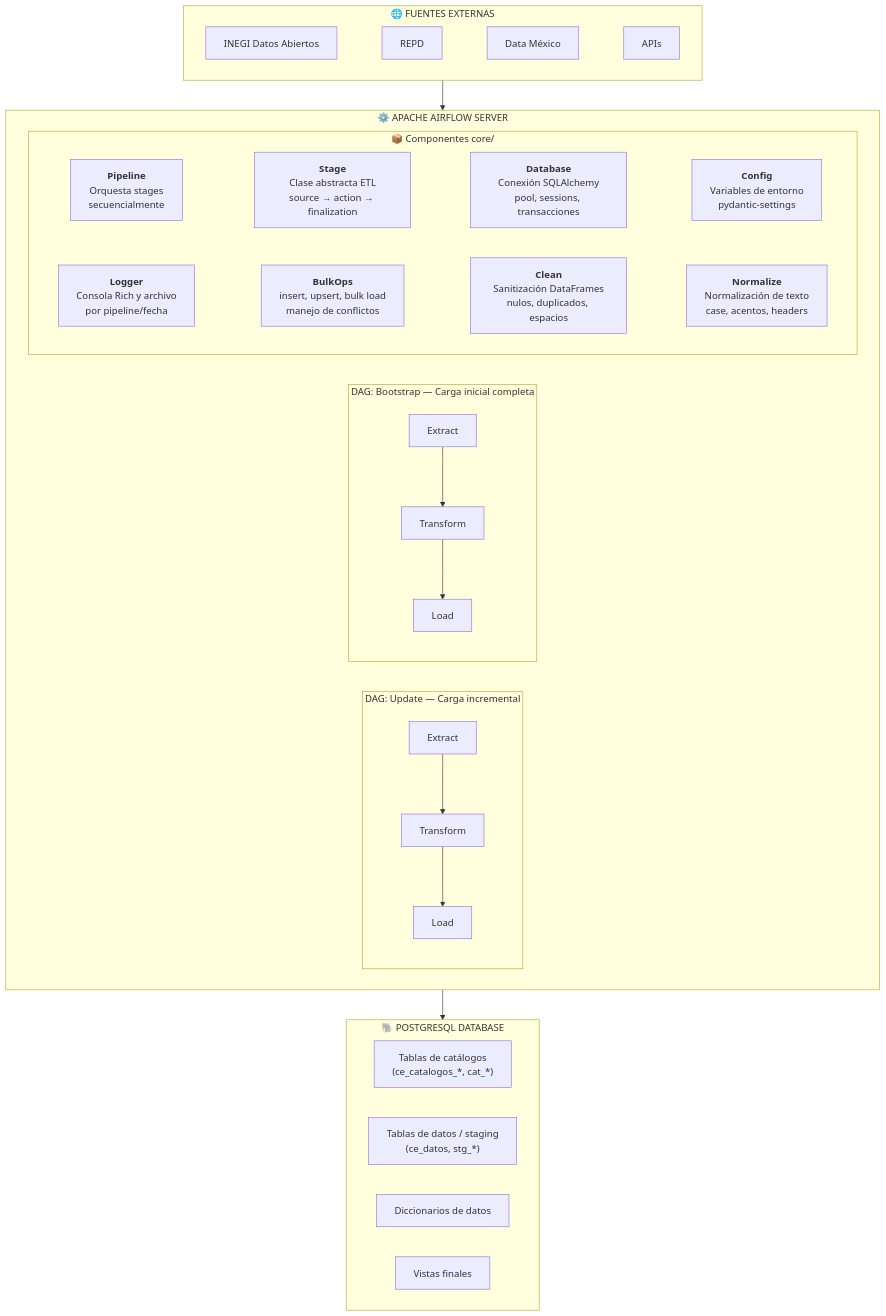
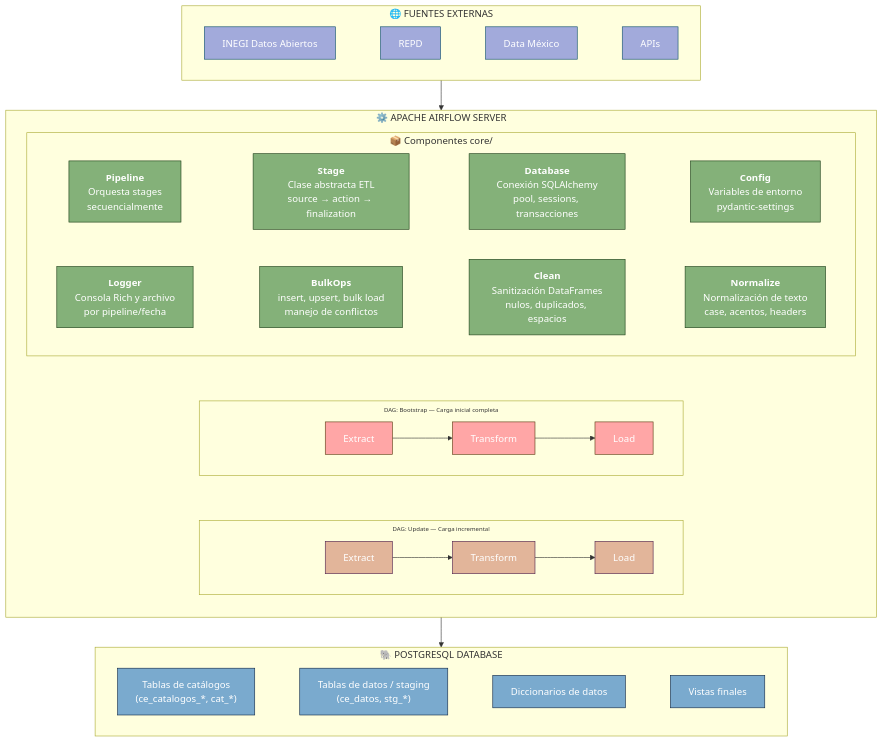
The diagram in README.md (iieg-oficial/ETL-SIEEJ), drawn with Mermaid before and after one commit. The commit also changed other lines of this file, not shown here.

````diff
--- a/README.md
+++ b/README.md
@@ -18,39 +40,56 @@
 ```mermaid
 graph TD
     subgraph Fuentes["🌐 FUENTES EXTERNAS"]
         direction LR
         F1["INEGI Datos Abiertos"] ~~~ F2["REPD"] ~~~ F3["Data México"] ~~~ F4["APIs"]
     end
-
     subgraph Airflow["⚙️ APACHE AIRFLOW SERVER"]
-        subgraph Update["DAG: Update — Carga incremental"]
-            U_E["Extract"] --> U_T["Transform"] --> U_L["Load"]
-        end
-        subgraph Bootstrap["DAG: Bootstrap — Carga inicial completa"]
-            B_E["Extract"] --> B_T["Transform"] --> B_L["Load"]
-        end
+            direction TB
         subgraph Componentes["📦 Componentes core/"]
             direction LR
-            CO1["<b>Pipeline</b>\nOrquesta stages\nsecuencialmente"]
-            CO2["<b>Stage</b>\nClase abstracta ETL\nsource → action → finalization"]
-            CO3["<b>Database</b>\nConexión SQLAlchemy\npool, sessions, transacciones"]
-            CO4["<b>Config</b>\nVariables de entorno\npydantic-settings"]
+            CO1["<b>Pipeline</b><br/>Orquesta stages<br/>secuencialmente"]
+            CO2["<b>Stage</b><br/>Clase abstracta ETL<br/>source → action → finalization"]
+            CO3["<b>Database</b><br/>Conexión SQLAlchemy<br/>pool, sessions, transacciones"]
+            CO4["<b>Config</b><br/>Variables de entorno<br/>pydantic-settings"]
             CO1 ~~~ CO2 ~~~ CO3 ~~~ CO4
-            CO5["<b>Logger</b>\nConsola Rich y archivo\npor pipeline/fecha"]
-            CO6["<b>BulkOps</b>\ninsert, upsert, bulk load\nmanejo de conflictos"]
-            CO7["<b>Clean</b>\nSanitización DataFrames\nnulos, duplicados, espacios"]
-            CO8["<b>Normalize</b>\nNormalización de texto\ncase, acentos, headers"]
+            CO5["<b>Logger</b><br/>Consola Rich y archivo<br/>por pipeline/fecha"]
+            CO6["<b>BulkOps</b><br/>insert, upsert, bulk load<br/>manejo de conflictos"]
+            CO7["<b>Clean</b><br/>Sanitización DataFrames<br/>nulos, duplicados, espacios"]
+            CO8["<b>Normalize</b><br/>Normalización de texto<br/>case, acentos, headers"]
             CO5 ~~~ CO6 ~~~ CO7 ~~~ CO8
         end
+        subgraph Bootstrap[<font size = 1> DAG: Bootstrap — Carga inicial completa]
+            direction LR
+            B_SP[ ] ~~~ B_E["Extract"] --> B_T["Transform"] --> B_L["Load"]
+        end
+        subgraph Update[<font size = 1> DAG: Update — Carga incremental]
+            direction LR
+            U_SP[ ] ~~~ U_E["Extract"] --> U_T["Transform"] --> U_L["Load"]
+        end
+        Componentes ~~~ Bootstrap
+        Bootstrap ~~~ Update
     end
-
     subgraph DB["🐘 POSTGRESQL DATABASE"]
-        D1["Tablas de catálogos\n(ce_catalogos_*, cat_*)"]
-        D2["Tablas de datos / staging\n(ce_datos, stg_*)"]
-        D3["Diccionarios de datos"]
+            direction LR
+        D1["Tablas de catálogos<br/>(ce_catalogos_*, cat_*)"]~~~
+        D2["Tablas de datos / staging<br/>(ce_datos, stg_*)"]~~~
+        D3["Diccionarios de datos"]~~~
         D4["Vistas finales"]
     end
-
     Fuentes --> Airflow
     Airflow --> DB
+
+    classDef fuenteStyle fill:#A2AADB,stroke:#0d4f6b,color:#fff
+    classDef componenteStyle fill:#84B179,stroke:#1a3d16,color:#fff
+    classDef bootstrapStyle fill:#FFA6A6,stroke:#5a3a10,color:#fff
+    classDef updateStyle fill:#E2B59A,stroke:#4d1f4d,color:#fff
+    classDef dbStyle fill:#7AAACE,stroke:#0d2545,color:#fff
+    classDef spacer fill:none,stroke:none,color:none
+
+    class F1,F2,F3,F4 fuenteStyle
+    class CO1,CO2,CO3,CO4,CO5,CO6,CO7,CO8 componenteStyle
+    class B_E,B_T,B_L bootstrapStyle
+    class U_E,U_T,U_L updateStyle
+    class D1,D2,D3,D4 dbStyle
+    class B_SP,B_SP2,U_SP,U_SP2 spacer
 ```
````
